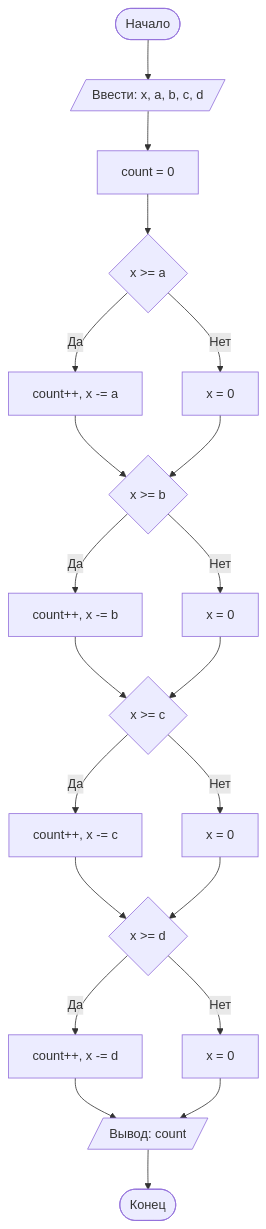
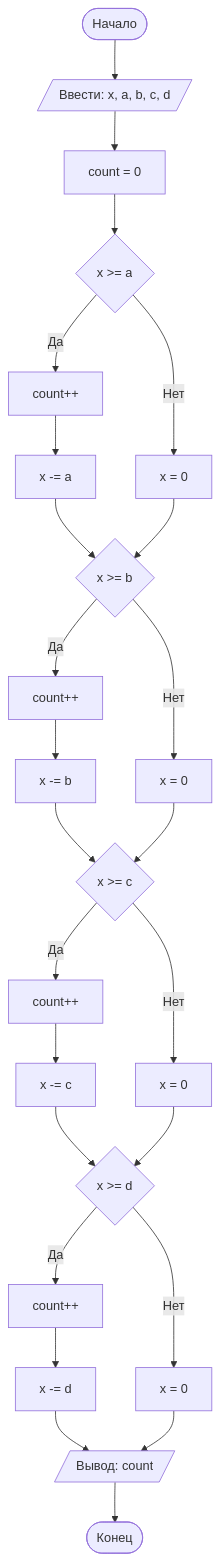
One commit to tim0wk4/laba1 changed the diagram in src/report.md. Above: the diagram before and after it, drawn with Mermaid. The commit also changed other lines of this file, not shown here.

````diff
--- a/src/report.md
+++ b/src/report.md
@@ -97,23 +97,27 @@
 ```mermaid
 graph TD
     A([Начало]) --> B[/Ввести: x, a, b, c, d/]
     B --> C[count = 0]
     C --> D{x >= a}
-    D -- Да --> E[count++, x -= a]
+    D -- Да --> E1[count++]
+    E1 --> E2[x -= a]
     D -- Нет --> F[x = 0]
-    E --> G{x >= b}
+    E2 --> G{x >= b}
     F --> G
-    G -- Да --> H[count++, x -= b]
+    G -- Да --> H1[count++]
+    H1 --> H2[x -= b]
     G -- Нет --> I[x = 0]
-    H --> J{x >= c}
+    H2 --> J{x >= c}
     I --> J
-    J -- Да --> K[count++, x -= c]
+    J -- Да --> K1[count++]
+    K1 --> K2[x -= c]
     J -- Нет --> L[x = 0]
-    K --> M{x >= d}
+    K2 --> M{x >= d}
     L --> M
-    M -- Да --> N[count++, x -= d]
+    M -- Да --> N1[count++]
+    N1 --> N2[x -= d]
     M -- Нет --> O[x = 0]
-    N --> P[/Вывод: count/]
+    N2 --> P[/Вывод: count/]
     O --> P
     P --> Z([Конец])
 ```
````
